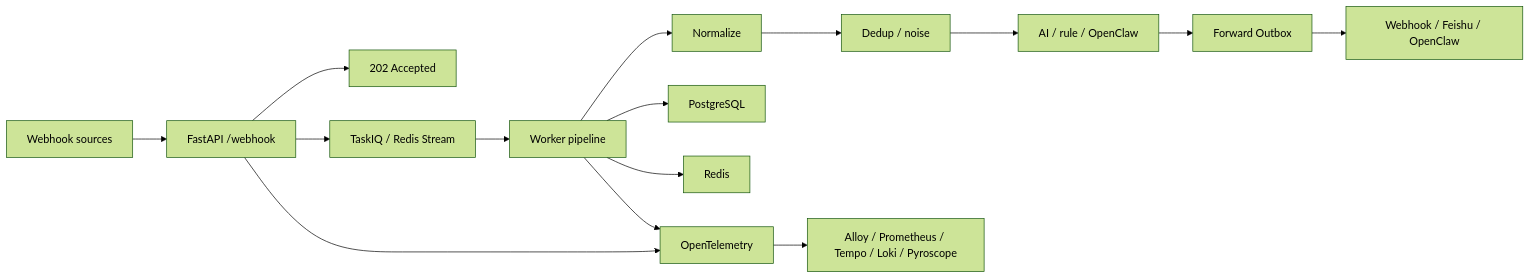
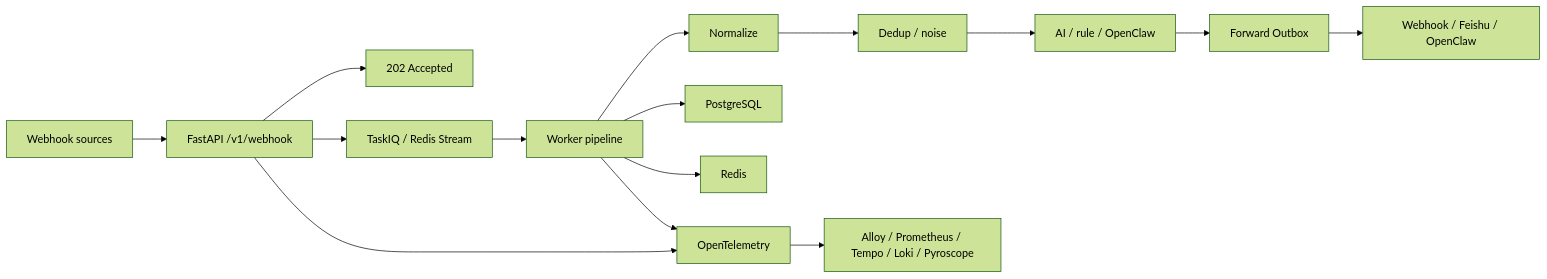
One commit to itswl/WebhookWise changed the diagram in README.md. Above: the diagram before and after it, drawn with Mermaid (forest theme). The commit also changed other lines of this file and 75 other files, not shown here.

````diff
--- a/README.md
+++ b/README.md
@@ -41,17 +41,17 @@
 ```mermaid
 flowchart LR
-    source["Webhook sources"] --> api["FastAPI /webhook"]
+    source["Webhook sources"] --> api["FastAPI /v1/webhook"]
     api --> accepted["202 Accepted"]
     api --> queue["TaskIQ / Redis Stream"]
     queue --> worker["Worker pipeline"]
     worker --> normalize["Normalize"]
     normalize --> dedup["Dedup / noise"]
     dedup --> analyze["AI / rule / OpenClaw"]
     analyze --> outbox["Forward Outbox"]
     outbox --> targets["Webhook / Feishu / OpenClaw"]
     worker --> db["PostgreSQL"]
     worker --> redis["Redis"]
     api --> otel["OpenTelemetry"]
     worker --> otel
     otel --> obs["Alloy / Prometheus / Tempo / Loki / Pyroscope"]
 ```
````
